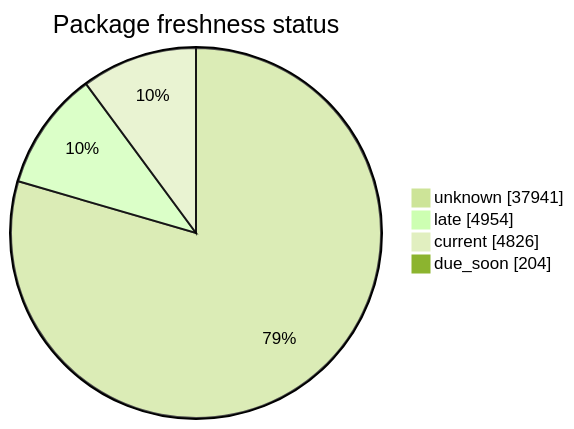
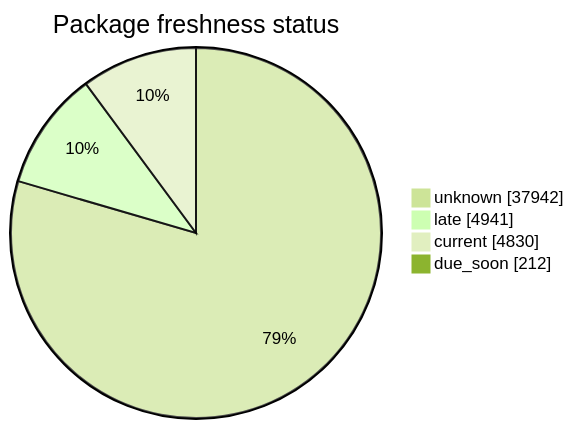
Before and after one commit to open-data/analytics-corporate-reporting: the second of 5 diagrams in FreshCheck/README.md, drawn with Mermaid (forest theme). The commit also changed other lines of this file and 3 other files, not shown here.

````diff
--- a/FreshCheck/README.md
+++ b/FreshCheck/README.md
@@ -68,7 +68,7 @@
 ```mermaid
 pie showData title Package freshness status
-    "unknown": 37941
-    "late": 4954
-    "current": 4826
-    "due_soon": 204
+    "unknown": 37942
+    "late": 4941
+    "current": 4830
+    "due_soon": 212
 ```
````
